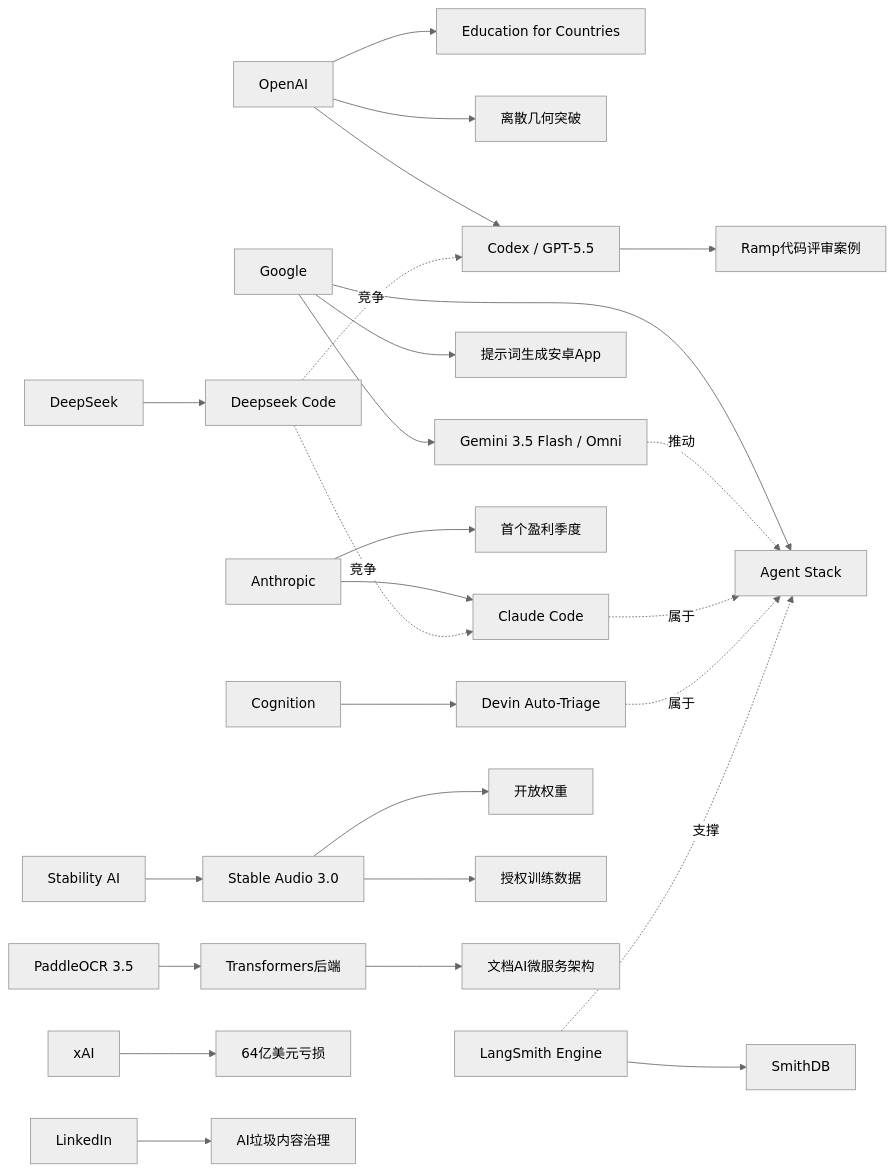
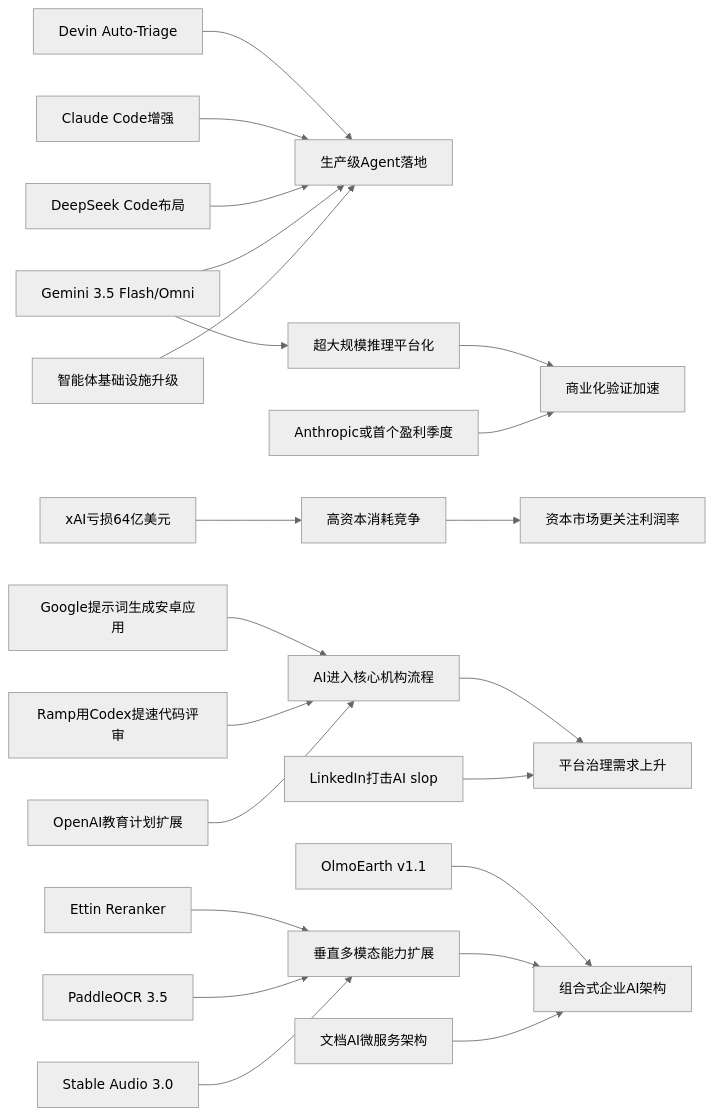
One commit to zhuxinfei/ai-daily-site changed the diagram in content/cn/2026/2026-05/2026-05-21.md. Above: the diagram before and after it, drawn with Mermaid (neutral theme). The commit also changed other lines of this file, not shown here.

````diff
--- a/content/cn/2026/2026-05/2026-05-21.md
+++ b/content/cn/2026/2026-05/2026-05-21.md
@@ -125,75 +110,27 @@
 ```mermaid
 graph LR
-    OpenAI[OpenAI]
-    Edu[Education for Countries]
-    Math[离散几何突破]
-    Ramp[Ramp代码评审案例]
-    Codex[Codex / GPT-5.5]
+    A[智能体基础设施升级] --> B[生产级Agent落地]
+    C[Gemini 3.5 Flash/Omni] --> B
+    D[DeepSeek Code布局] --> B
+    E[Claude Code增强] --> B
+    F[Devin Auto-Triage] --> B
 
-    Google[Google]
-    Gemini[Gemini 3.5 Flash / Omni]
-    AgentStack[Agent Stack]
-    AppGen[提示词生成安卓App]
+    G[Anthropic或首个盈利季度] --> H[商业化验证加速]
+    I[xAI亏损64亿美元] --> J[高资本消耗竞争]
+    C --> K[超大规模推理平台化]
+    K --> H
+    J --> L[资本市场更关注利润率]
 
-    Anthropic[Anthropic]
-    ClaudeCode[Claude Code]
-    Profit[首个盈利季度]
+    M[OpenAI教育计划扩展] --> N[AI进入核心机构流程]
+    O[Ramp用Codex提速代码评审] --> N
+    P[Google提示词生成安卓应用] --> N
+    Q[LinkedIn打击AI slop] --> R[平台治理需求上升]
+    N --> R
 
-    Cognition[Cognition]
-    Devin[Devin Auto-Triage]
-
-    LangSmith[LangSmith Engine]
-    SmithDB[SmithDB]
-
-    DeepSeek[DeepSeek]
-    DSCode[Deepseek Code]
-
-    Stability[Stability AI]
-    Audio[Stable Audio 3.0]
-    OpenWeights[开放权重]
-    LicensedData[授权训练数据]
-
-    PaddleOCR[PaddleOCR 3.5]
-    Transformers[Transformers后端]
-    DocAI[文档AI微服务架构]
-
-    xAI[xAI]
-    Burn[64亿美元亏损]
-
-    LinkedIn[LinkedIn]
-    AISlop[AI垃圾内容治理]
-
-    OpenAI --> Edu
-    OpenAI --> Math
-    OpenAI --> Codex
-    Codex --> Ramp
-
-    Google --> Gemini
-    Google --> AgentStack
-    Google --> AppGen
-
-    Anthropic --> ClaudeCode
-    Anthropic --> Profit
-
-    Cognition --> Devin
-    LangSmith --> SmithDB
-
-    DeepSeek --> DSCode
-    DSCode -.竞争.-> ClaudeCode
-    DSCode -.竞争.-> Codex
-
-    Gemini -.推动.-> AgentStack
-    ClaudeCode -.属于.-> AgentStack
-    Devin -.属于.-> AgentStack
-    LangSmith -.支撑.-> AgentStack
-
-    Stability --> Audio
-    Audio --> OpenWeights
-    Audio --> LicensedData
-
-    PaddleOCR --> Transformers
-    Transformers --> DocAI
-
-    xAI --> Burn
-    LinkedIn --> AISlop
+    S[Stable Audio 3.0] --> T[垂直多模态能力扩展]
+    U[PaddleOCR 3.5] --> T
+    V[Ettin Reranker] --> T
+    W[文档AI微服务架构] --> X[组合式企业AI架构]
+    T --> X
+    Y[OlmoEarth v1.1] --> X
 ```
````
